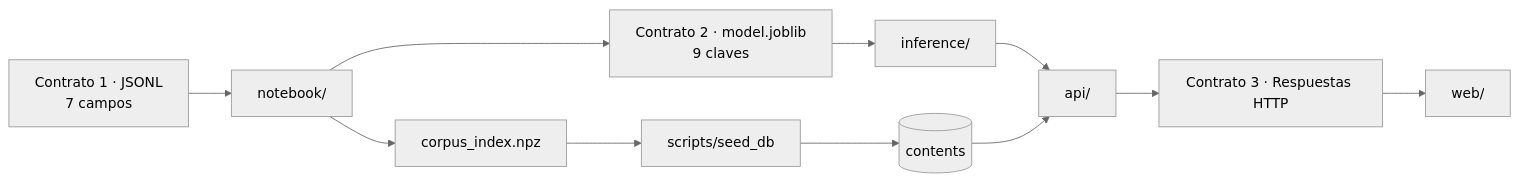
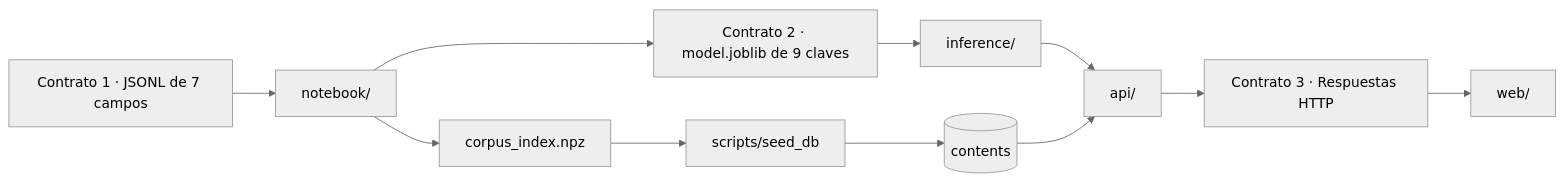
One commit to No-Country-simulation/G9-LATAM-Team-58 changed the diagram in docs/CONTRACTS.md. Above: the diagram before and after it, drawn with Mermaid (neutral theme). The commit also changed 10 other files, not shown here.

````diff
--- a/docs/CONTRACTS.md
+++ b/docs/CONTRACTS.md
@@ -6,13 +6,13 @@
 ```mermaid
 flowchart LR
-    C1["Contrato 1 · JSONL<br/>7 campos"] --> NB["notebook/"]
-    NB --> C2["Contrato 2 · model.joblib<br/>9 claves"]
+    C1["Contrato 1 · JSONL de 7 campos"] --> NB["notebook/"]
+    NB --> C2["Contrato 2 · model.joblib de 9 claves"]
     NB --> IDX["corpus_index.npz"]
     C2 --> INF["inference/"]
     IDX --> SEED["scripts/seed_db"]
     SEED --> DB[("contents")]
     INF --> API["api/"]
     DB --> API
     API --> C3["Contrato 3 · Respuestas HTTP"]
     C3 --> WEB["web/"]
 ```
````
